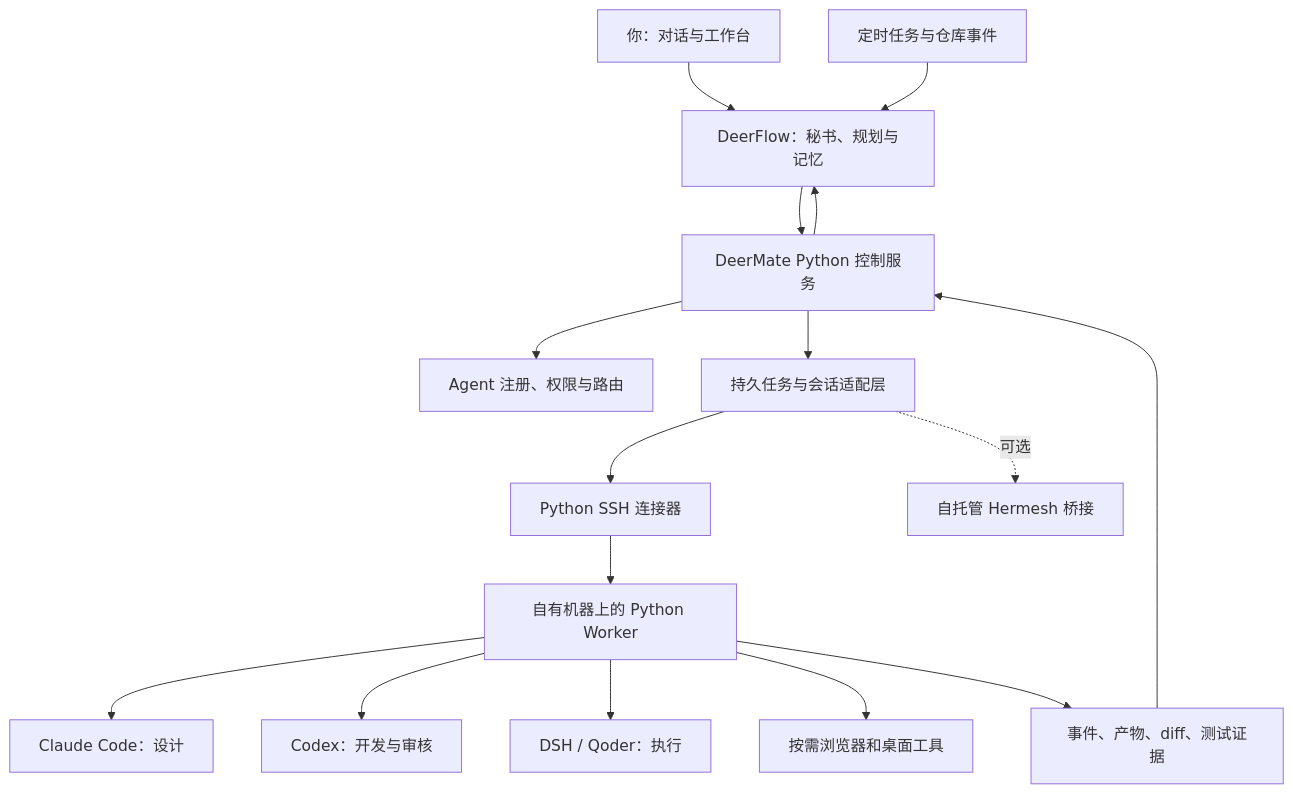
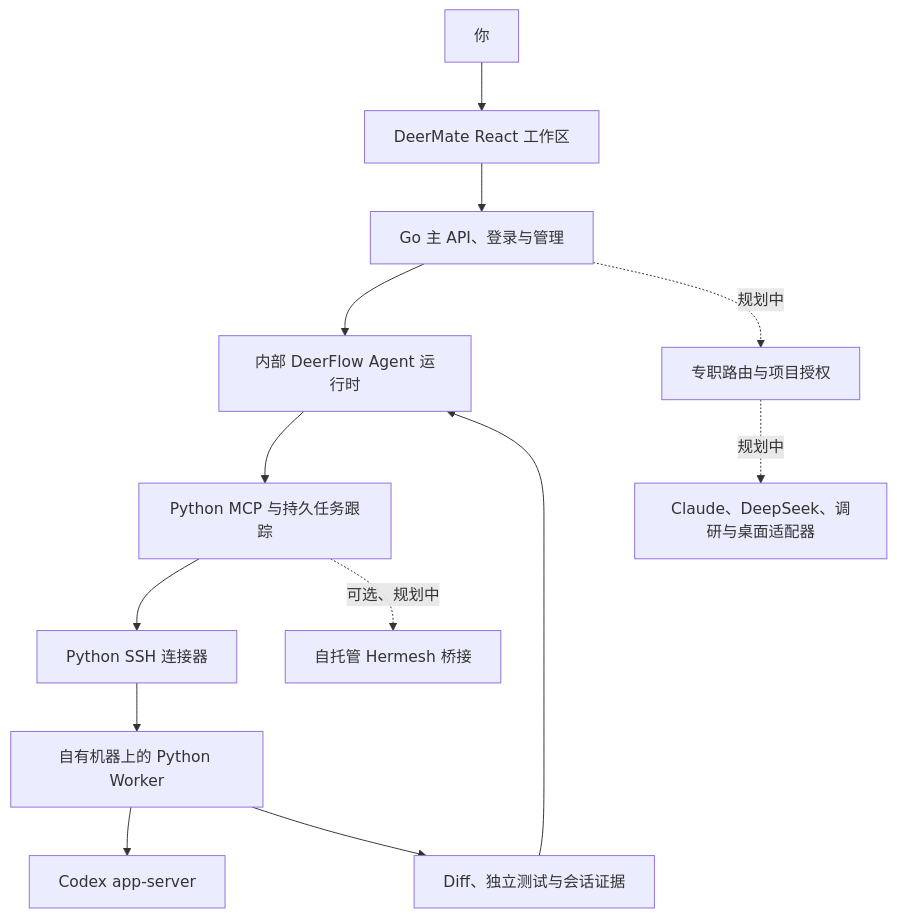
Before and after one commit to mzydmer/deermate: the diagram in README.zh-CN.md, drawn with Mermaid. The commit also changed other lines of this file and 39 other files, not shown here.

````diff
--- a/README.zh-CN.md
+++ b/README.zh-CN.md
@@ -86,18 +86,15 @@
 ```mermaid
 flowchart TD
-    U[你：对话与工作台] --> D[DeerFlow：秘书、规划与记忆]
-    E[定时任务与仓库事件] --> D
-    D --> C[DeerMate Python 控制服务]
-    C --> P[Agent 注册、权限与路由]
-    C --> A[持久任务与会话适配层]
-    A --> S[Python SSH 连接器]
+    U[你] --> UI[DeerMate React 工作区]
+    UI --> G[Go 主 API、登录与管理]
+    G --> D[内部 DeerFlow Agent 运行时]
+    D --> M[Python MCP 与持久任务跟踪]
+    M --> S[Python SSH 连接器]
     S --> W[自有机器上的 Python Worker]
-    W --> CC[Claude Code：设计]
-    W --> CX[Codex：开发与审核]
-    W --> DS[DSH / Qoder：执行]
-    W --> UI[按需浏览器和桌面工具]
-    A -. 可选 .-> H[自托管 Hermesh 桥接]
-    W --> R[事件、产物、diff、测试证据]
-    R --> C
-    C --> D
+    W --> C[Codex app-server]
+    W --> R[Diff、独立测试与会话证据]
+    R --> D
+    G -. 规划中 .-> P[专职路由与项目授权]
+    P -. 规划中 .-> A[Claude、DeepSeek、调研与桌面适配器]
+    M -. 可选、规划中 .-> H[自托管 Hermesh 桥接]
 ```
````
